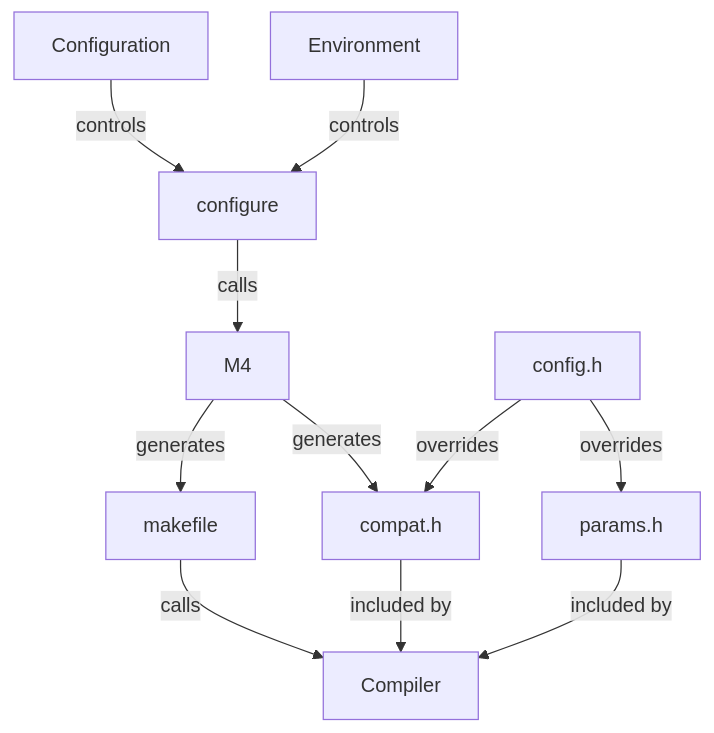
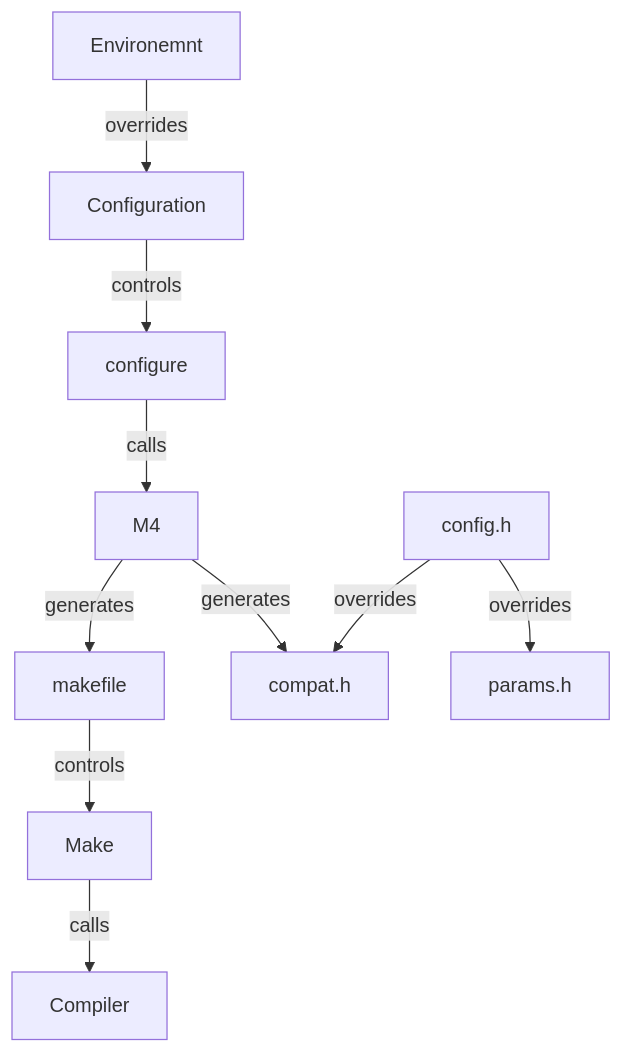
The diagram in docs/build.md (odkr/sucgi), drawn with Mermaid before and after one commit.

Commit message:
docs: improved diagram.

````diff
--- a/docs/build.md
+++ b/docs/build.md
@@ -88,16 +88,17 @@
 ```mermaid
 graph TD
 
-Configuration -- controls --> configure
-Environment -- controls --> configure
+Environemnt --> |overrides| Configuration
+Configuration --> |controls| configure
 
-configure -- calls --> M4
+configure --> |calls| M4
 
-M4 -- generates --> makefile
-M4 -- generates --> compat.h
+M4 --> |generates| makefile
+M4 --> |generates| compat.h
 
-makefile -- calls --> Compiler
+makefile --> |controls| Make
+Make --> |calls| Compiler
 
-config.h -- overrides --> compat.h -- included by --> Compiler
-config.h -- overrides --> params.h -- included by --> Compiler
+config.h --> |overrides| compat.h
+config.h --> |overrides| params.h
 ```
````
